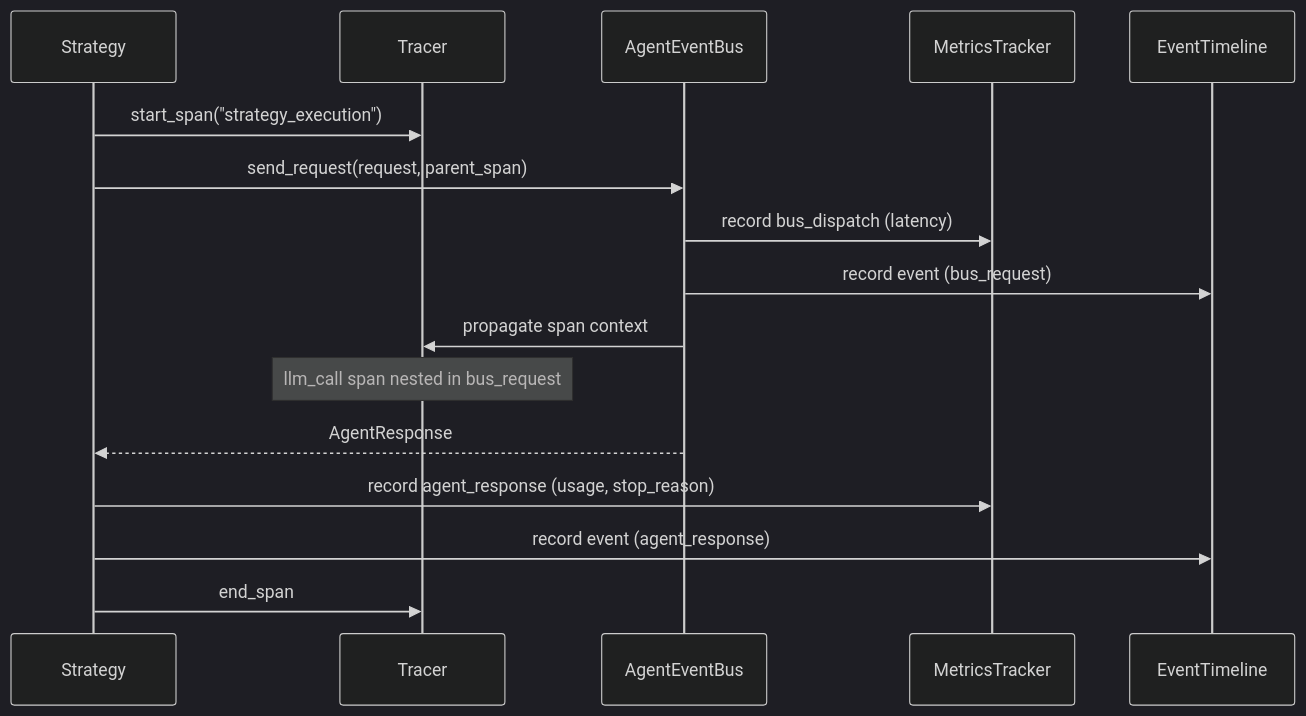
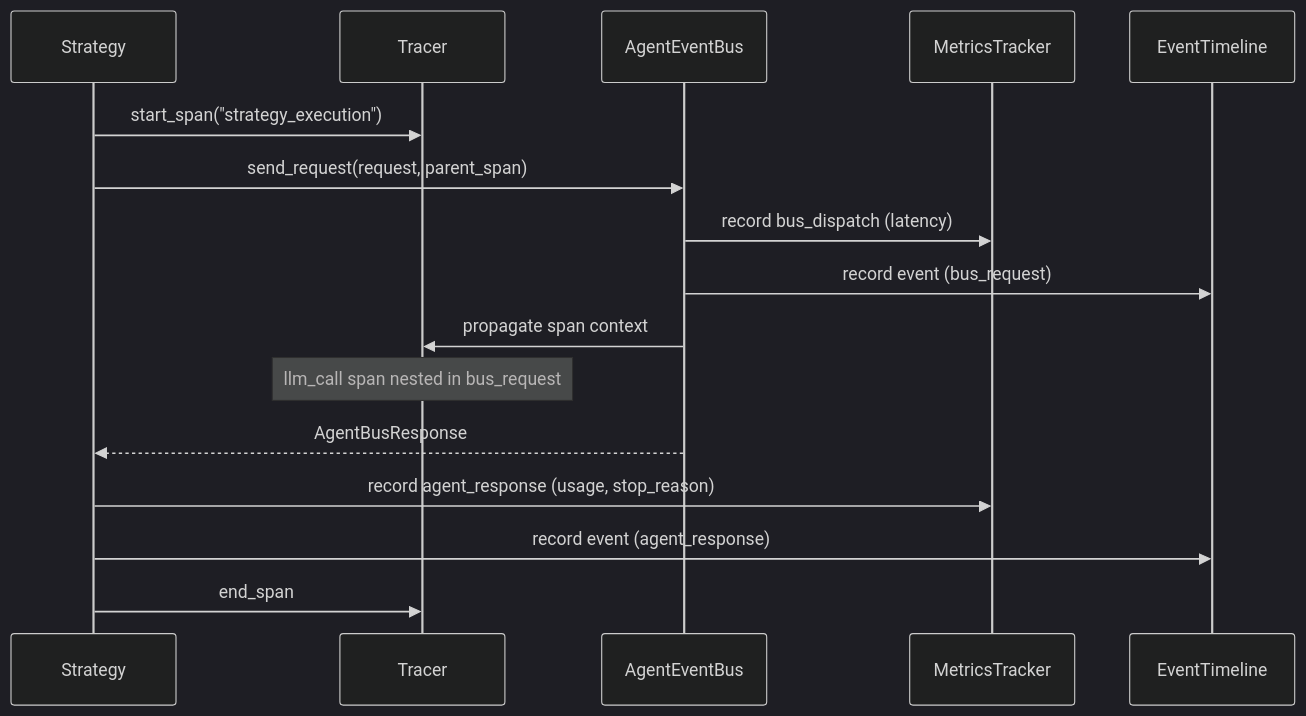
One commit to pese-git/codelab-agent changed the diagram in openspec/changes/multiagent-observability/proposal.md. Above: the diagram before and after it, drawn with Mermaid (dark theme). The commit also changed other lines of this file and 21 other files, not shown here.

````diff
--- a/openspec/changes/multiagent-observability/proposal.md
+++ b/openspec/changes/multiagent-observability/proposal.md
@@ -37,21 +37,21 @@
 ```mermaid
 sequenceDiagram
     participant Strategy as Strategy
     participant Tracer as Tracer
     participant EventBus as AgentEventBus
     participant Metrics as MetricsTracker
     participant Timeline as EventTimeline
 
     Strategy->>Tracer: start_span("strategy_execution")
     Strategy->>EventBus: send_request(request, parent_span)
     EventBus->>Metrics: record bus_dispatch (latency)
     EventBus->>Timeline: record event (bus_request)
     EventBus->>Tracer: propagate span context
     
     Note over Tracer: llm_call span nested in bus_request
     
-    EventBus-->>Strategy: AgentResponse
+    EventBus-->>Strategy: AgentBusResponse
     Strategy->>Metrics: record agent_response (usage, stop_reason)
     Strategy->>Timeline: record event (agent_response)
     Strategy->>Tracer: end_span
 ```
````
